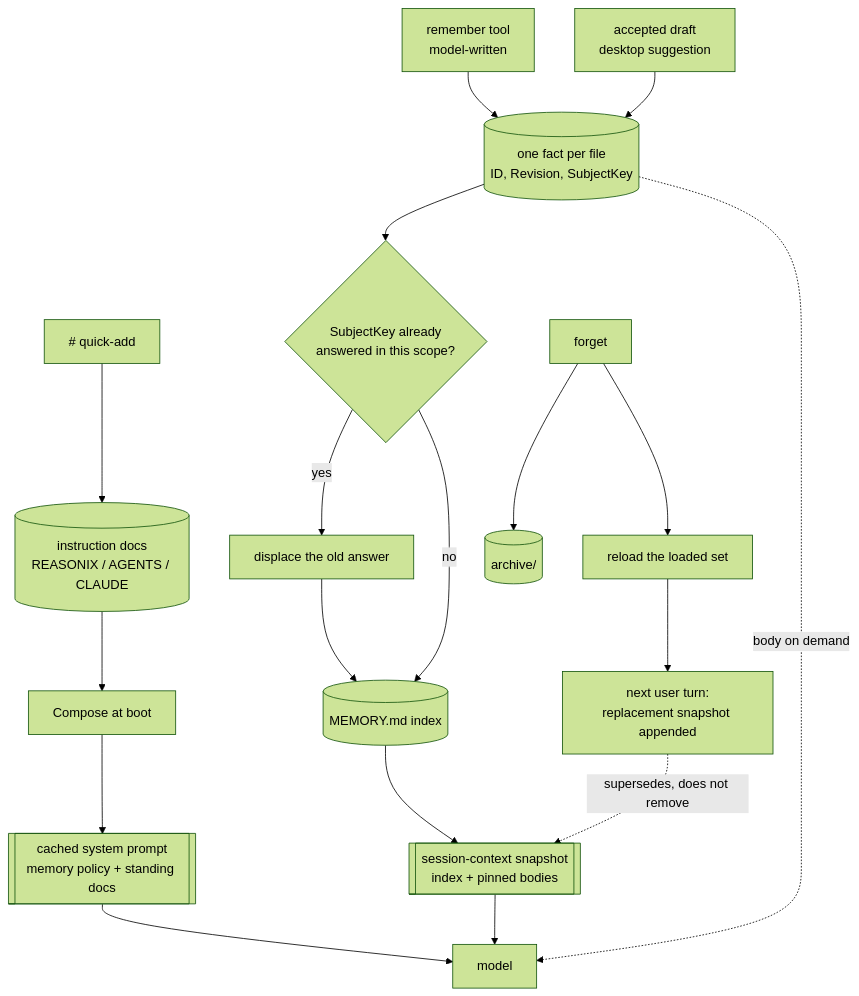
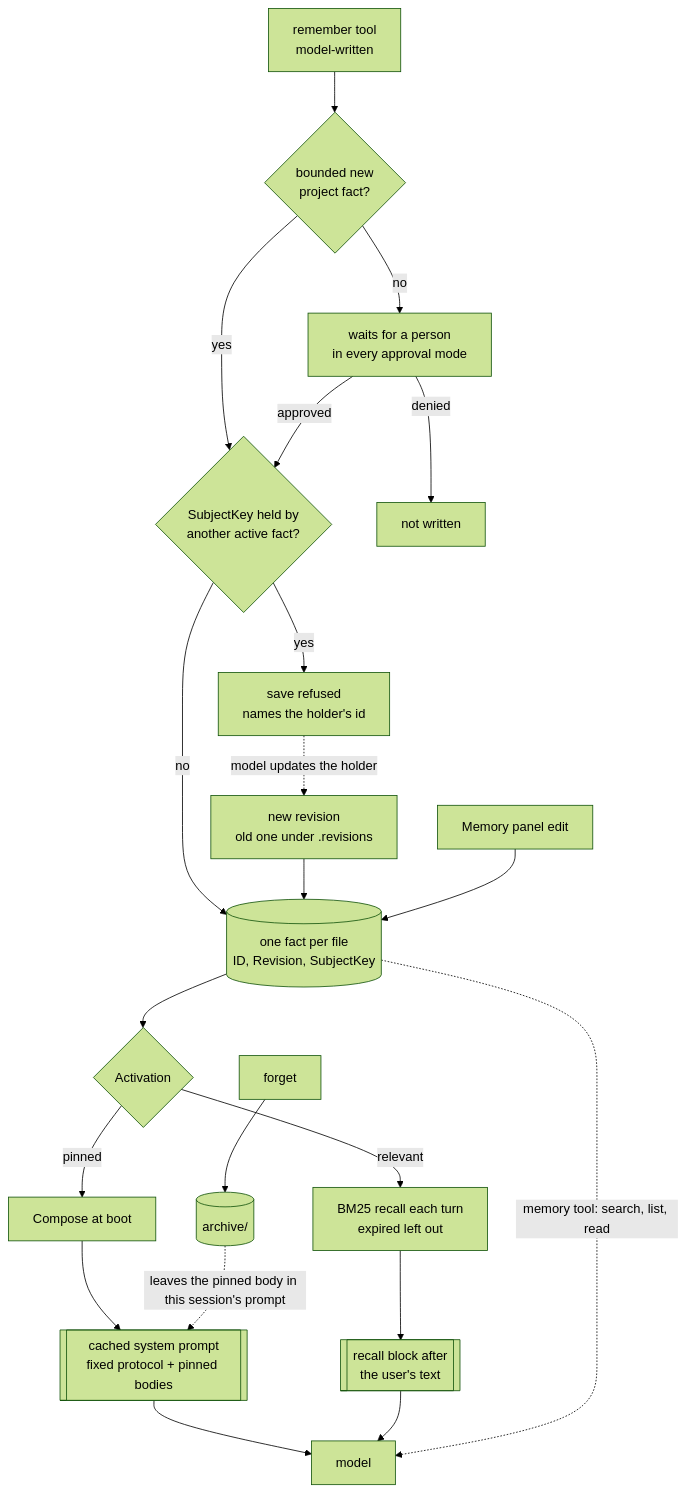
The diagram in content/systems/reasonix.md (neoneye/agent-memory-atlas), drawn with Mermaid (forest theme) before and after one commit. The commit also changed other lines of this file and 14 other files, not shown here.

First line of the commit message:
Re-read Reasonix at 025bd17: the default branch moved to the 2.x studio line

````diff
--- a/content/systems/reasonix.md
+++ b/content/systems/reasonix.md
@@ -101,21 +119,24 @@
 ```mermaid
-%% caption: the cached system prompt carries only policy and standing docs, while the index travels in session-context snapshots that a write replaces on the next user turn
+%% caption: the cached prompt carries a fixed protocol and pinned bodies composed at boot; everything else arrives per turn, and a forget changes the store but not the prompt already sent
 flowchart TD
-    W["remember tool<br/>model-written"] --> F[("one fact per file<br/>ID, Revision, SubjectKey")]
-    A["accepted draft<br/>desktop suggestion"] --> F
-    Q["# quick-add"] --> D[("instruction docs<br/>REASONIX / AGENTS / CLAUDE")]
-    F --> SUB{"SubjectKey already<br/>answered in this scope?"}
-    SUB -- "yes" --> DISP["displace the old answer"]
-    SUB -- "no" --> IDX
-    DISP --> IDX[("MEMORY.md index")]
-    D --> BOOT["Compose at boot"]
-    BOOT --> PREFIX[["cached system prompt<br/>memory policy + standing docs"]]
+    W["remember tool<br/>model-written"] --> GATE{"bounded new<br/>project fact?"}
+    GATE -- "no" --> ASK["waits for a person<br/>in every approval mode"]
+    GATE -- "yes" --> SUB
+    ASK -- "approved" --> SUB{"SubjectKey held by<br/>another active fact?"}
+    ASK -- "denied" --> DROP["not written"]
+    SUB -- "yes" --> REF["save refused<br/>names the holder's id"]
+    REF -. "model updates the holder" .-> REV["new revision<br/>old one under .revisions"]
+    SUB -- "no" --> F[("one fact per file<br/>ID, Revision, SubjectKey")]
+    REV --> F
+    PANEL["Memory panel edit"] --> F
+    F --> ACT{"Activation"}
+    ACT -- "pinned" --> BOOT["Compose at boot"]
+    BOOT --> PREFIX[["cached system prompt<br/>fixed protocol + pinned bodies"]]
+    ACT -- "relevant" --> RECALL["BM25 recall each turn<br/>expired left out"]
+    RECALL --> TAIL[["recall block after<br/>the user's text"]]
     PREFIX --> MODEL["model"]
-    IDX --> SNAP[["session-context snapshot<br/>index + pinned bodies"]]
-    SNAP --> MODEL
-    F -. "body on demand" .-> MODEL
+    TAIL --> MODEL
+    F -. "memory tool: search, list, read" .-> MODEL
     FG["forget"] --> ARCH[("archive/")]
-    FG --> RELOAD["reload the loaded set"]
-    RELOAD --> NEXT["next user turn:<br/>replacement snapshot appended"]
-    NEXT -. "supersedes, does not remove" .-> SNAP
+    ARCH -. "leaves the pinned body in this session's prompt" .-> PREFIX
 ```
````
